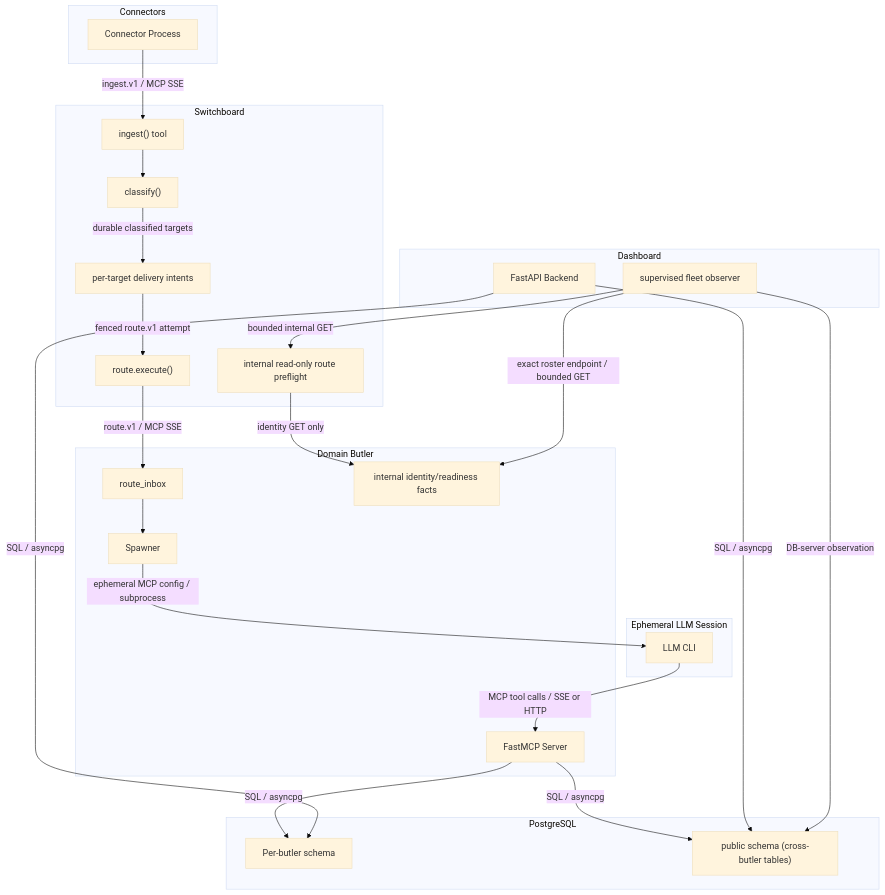
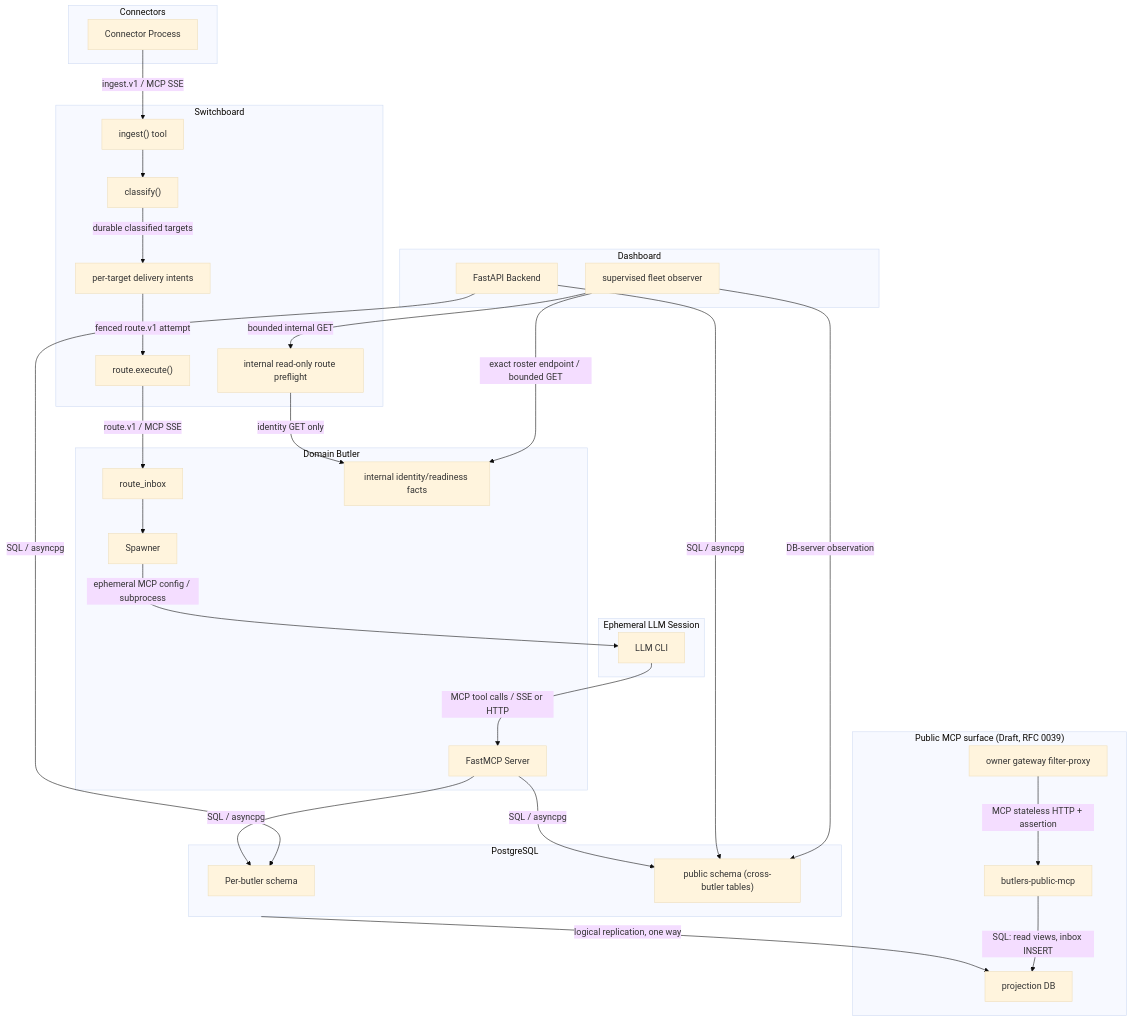
One commit to tzeusy-org/butlers changed the diagram in about/lay-and-land/integration.md. Above: the diagram before and after it, drawn with Mermaid (base theme). The commit also changed other lines of this file and 34 other files, not shown here.

First line of the commit message:
docs: RFC 0039 public MCP read surface, doctrine exception and spec delta

````diff
--- a/about/lay-and-land/integration.md
+++ b/about/lay-and-land/integration.md
@@ -17,53 +17,63 @@
 ```mermaid
 graph TB
     subgraph Connectors
         C["Connector Process"]
     end
 
     subgraph Switchboard
         Ingest["ingest() tool"]
         Classify["classify()"]
         Intent["per-target delivery intents"]
         Route["route.execute()"]
         Preflight["internal read-only route preflight"]
     end
 
     subgraph DomainButler["Domain Butler"]
         RouteInbox["route_inbox"]
         Identity["internal identity/readiness facts"]
         Spawner["Spawner"]
         MCP["FastMCP Server"]
     end
 
     subgraph LLMSession["Ephemeral LLM Session"]
         CLI["LLM CLI"]
     end
 
     subgraph Dashboard
         FastAPI["FastAPI Backend"]
         Observer["supervised fleet observer"]
     end
 
     subgraph DB["PostgreSQL"]
         Schema["Per-butler schema"]
         Shared["public schema (cross-butler tables)"]
     end
 
+    subgraph PublicSurface["Public MCP surface (Draft, RFC 0039)"]
+        Gateway["owner gateway filter-proxy"]
+        PublicMCP["butlers-public-mcp"]
+        Projection["projection DB"]
+    end
+
     C -- "ingest.v1 / MCP SSE" --> Ingest
     Ingest --> Classify
     Classify -- "durable classified targets" --> Intent
     Intent -- "fenced route.v1 attempt" --> Route
     Route -- "route.v1 / MCP SSE" --> RouteInbox
     Observer -- "exact roster endpoint / bounded GET" --> Identity
     Observer -- "bounded internal GET" --> Preflight
     Preflight -- "identity GET only" --> Identity
     Observer -- "DB-server observation" --> Shared
     RouteInbox --> Spawner
     Spawner -- "ephemeral MCP config / subprocess" --> CLI
     CLI -- "MCP tool calls / SSE or HTTP" --> MCP
 
     FastAPI -- "SQL / asyncpg" --> Schema
     FastAPI -- "SQL / asyncpg" --> Shared
     MCP -- "SQL / asyncpg" --> Schema
     MCP -- "SQL / asyncpg" --> Shared
+
+    Gateway -- "MCP stateless HTTP + assertion" --> PublicMCP
+    PublicMCP -- "SQL: read views, inbox INSERT" --> Projection
+    DB -- "logical replication, one way" --> Projection
 ```
````
